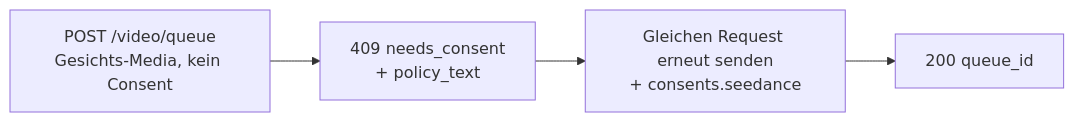
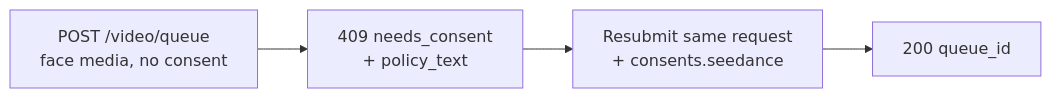
Before and after one commit to veniceai/api-docs: the diagram in de/guides/media/seedance-face-consent.mdx, drawn with Mermaid. The commit also changed other lines of this file and 15 other files, not shown here.

````diff
--- a/de/guides/media/seedance-face-consent.mdx
+++ b/de/guides/media/seedance-face-consent.mdx
@@ -29,6 +29,6 @@
 ```mermaid
 flowchart LR
-  A[POST /video/queue<br/>Gesichts-Media, kein Consent] --> B[409 needs_consent<br/>+ policy_text]
-  B --> C[Gleichen Request erneut senden<br/>+ consents.seedance]
+  A[POST /video/queue<br/>face media, no consent] --> B[409 needs_consent<br/>+ policy_text]
+  B --> C[Resubmit same request<br/>+ consents.seedance]
   C --> D[200 queue_id]
 ```
````
